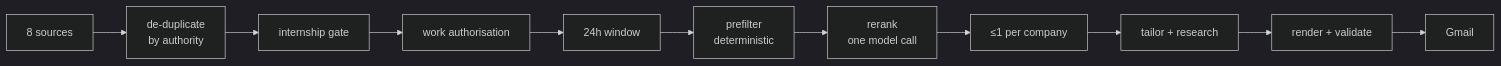
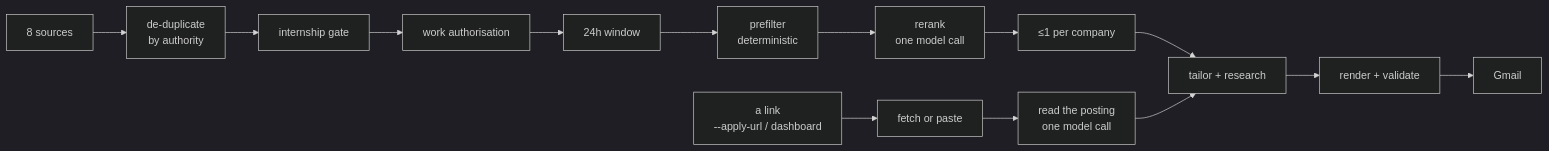
Before and after one commit to kurieu-mx/Internship_Agreggation_Platform: the diagram in README.md, drawn with Mermaid (dark theme). The commit also changed other lines of this file and 1 other file, not shown here.

````diff
--- a/README.md
+++ b/README.md
@@ -115,13 +125,17 @@
 ```mermaid
 flowchart LR
     A[8 sources] --> B[de-duplicate<br/>by authority]
     B --> C[internship gate]
     C --> D[work authorisation]
     D --> E[24h window]
     E --> F[prefilter<br/>deterministic]
     F --> G[rerank<br/>one model call]
     G --> H[≤1 per company]
     H --> I[tailor + research]
     I --> J[render + validate]
     J --> K[Gmail]
+
+    L["a link<br/>--apply-url / dashboard"] --> M[fetch or paste]
+    M --> N[read the posting<br/>one model call]
+    N --> I
 ```
````
